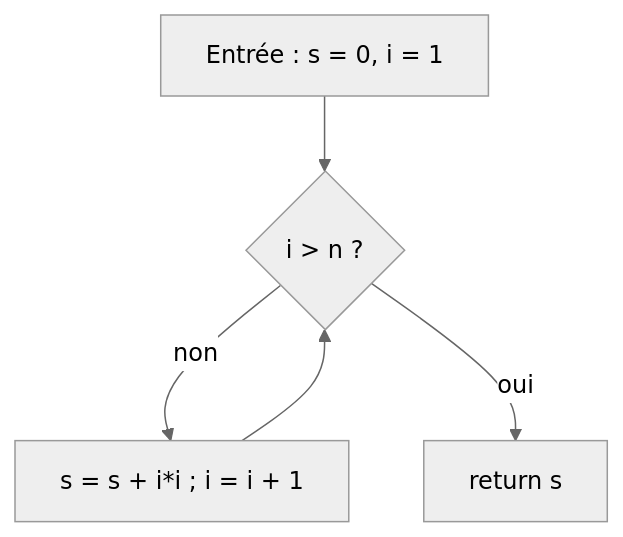
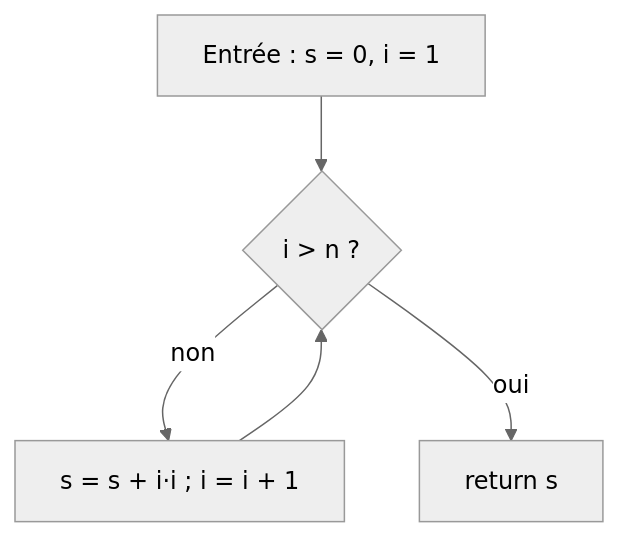
One commit to tanguychenier/fonctionnement-compilateur changed the first of 3 diagrams in chapitres/03-representation-intermediaire-et-optimisation.md. Above: the diagram before and after it, drawn with Mermaid (neutral theme). The commit also changed 1 other file, not shown here.

Commit message:
fix: repair Mermaid diagrams (drop function-call parens and asterisks from labels)

````diff
--- a/chapitres/03-representation-intermediaire-et-optimisation.md
+++ b/chapitres/03-representation-intermediaire-et-optimisation.md
@@ -47,7 +47,7 @@
 ```mermaid
 graph TD
     E["Entrée : s = 0, i = 1"] --> T{"i > n ?"}
-    T -->|"non"| B["s = s + i*i ; i = i + 1"]
+    T -->|"non"| B["s = s + i·i ; i = i + 1"]
     B --> T
     T -->|"oui"| S["return s"]
 ```
````
